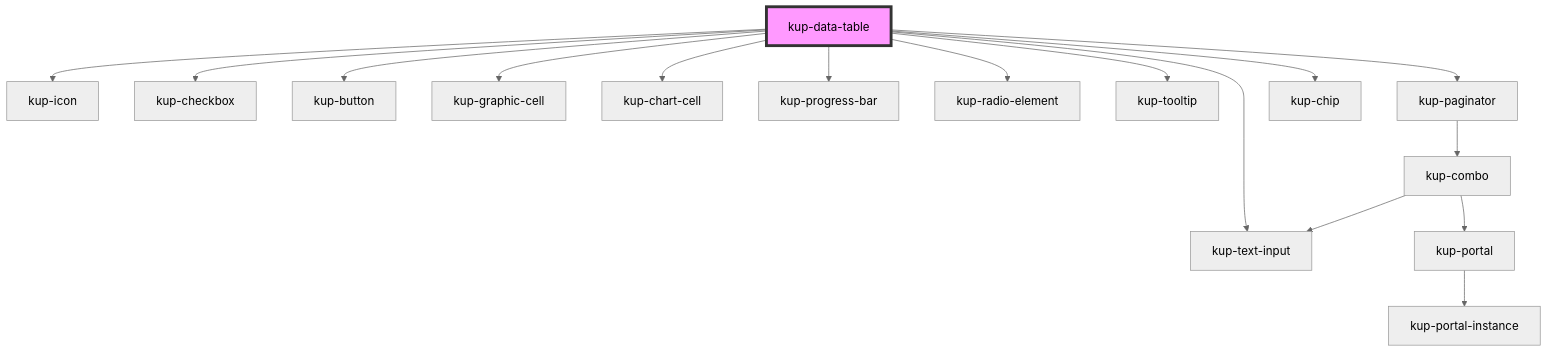
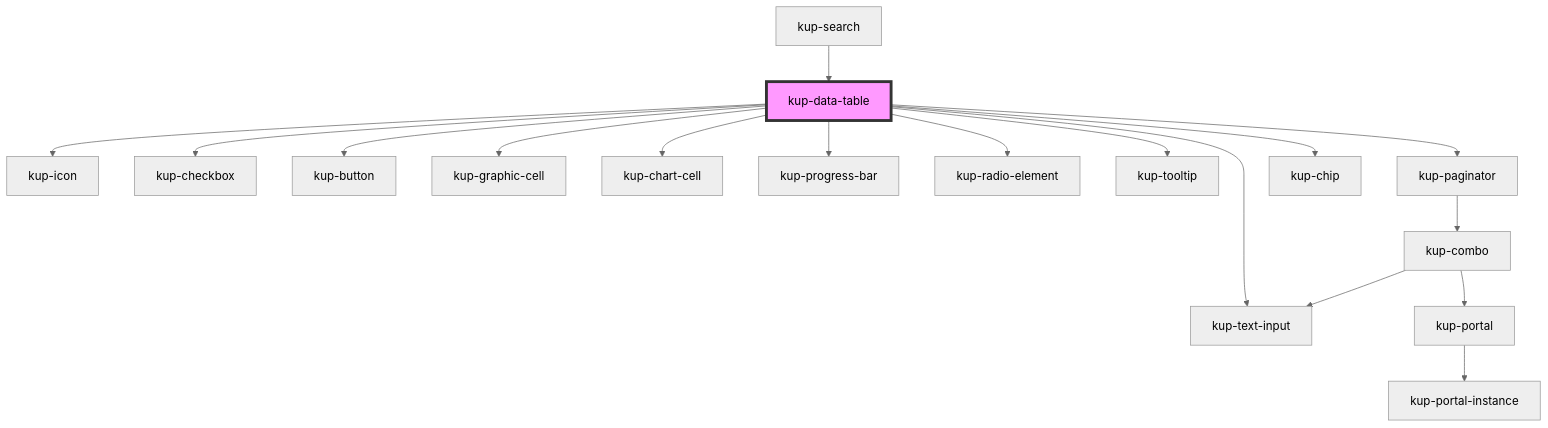
One commit to smeup/ketchup changed the diagram in packages/ketchup/src/components/kup-data-table/readme.md. Above: the diagram before and after it, drawn with Mermaid (neutral theme). The commit also changed other lines of this file and 28 other files, not shown here.

Commit message:
kup-form: search

````diff
--- a/packages/ketchup/src/components/kup-data-table/readme.md
+++ b/packages/ketchup/src/components/kup-data-table/readme.md
@@ -159,19 +164,20 @@
 ```mermaid
 graph TD;
   kup-data-table --> kup-text-input
   kup-data-table --> kup-icon
   kup-data-table --> kup-checkbox
   kup-data-table --> kup-button
   kup-data-table --> kup-graphic-cell
   kup-data-table --> kup-chart-cell
   kup-data-table --> kup-progress-bar
   kup-data-table --> kup-radio-element
   kup-data-table --> kup-tooltip
   kup-data-table --> kup-paginator
   kup-data-table --> kup-chip
   kup-paginator --> kup-combo
   kup-combo --> kup-text-input
   kup-combo --> kup-portal
   kup-portal --> kup-portal-instance
+  kup-search --> kup-data-table
   style kup-data-table fill:#f9f,stroke:#333,stroke-width:4px
 ```
````
